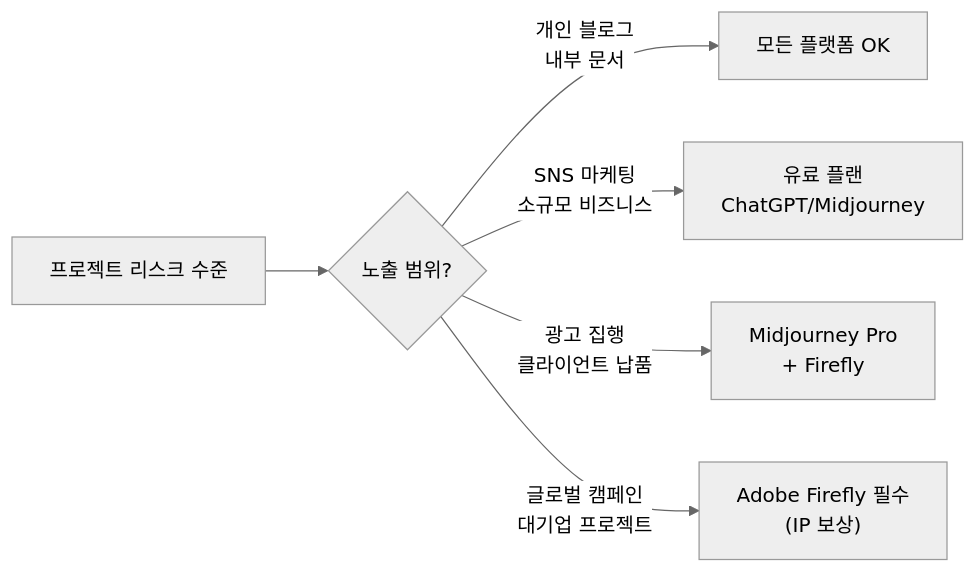
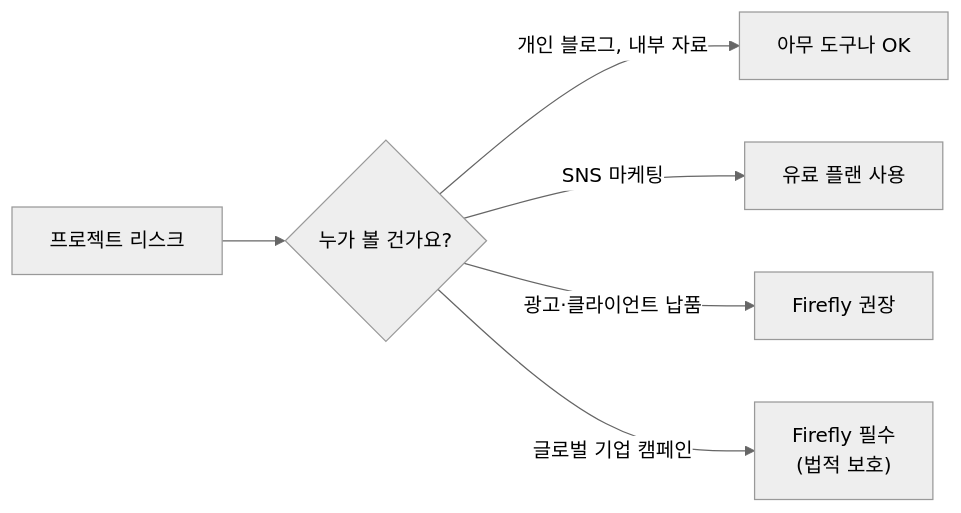
Before and after one commit to jsonpassion/forge-tutorial-promptcanvas: the sixth of 6 diagrams in 01-ch1-ai-이미지-생성-개론/05-05-실무-시나리오별-플랫폼-선택-가이드.md, drawn with Mermaid (neutral theme). The commit also changed other lines of this file and 12 other files, not shown here.

````diff
--- a/01-ch1-ai-이미지-생성-개론/05-05-실무-시나리오별-플랫폼-선택-가이드.md
+++ b/01-ch1-ai-이미지-생성-개론/05-05-실무-시나리오별-플랫폼-선택-가이드.md
@@ -255,8 +189,8 @@
 ```mermaid
 flowchart LR
-    A["프로젝트 리스크 수준"] --> B{"노출 범위?"}
-    B -->|"개인 블로그<br/>내부 문서"| C["모든 플랫폼 OK"]
-    B -->|"SNS 마케팅<br/>소규모 비즈니스"| D["유료 플랜<br/>ChatGPT/Midjourney"]
-    B -->|"광고 집행<br/>클라이언트 납품"| E["Midjourney Pro<br/>+ Firefly"]
-    B -->|"글로벌 캠페인<br/>대기업 프로젝트"| F["Adobe Firefly 필수<br/>(IP 보상)"]
+    A["프로젝트 리스크"] --> B{"누가 볼 건가요?"}
+    B -->|"개인 블로그, 내부 자료"| C["아무 도구나 OK"]
+    B -->|"SNS 마케팅"| D["유료 플랜 사용"]
+    B -->|"광고·클라이언트 납품"| E["Firefly 권장"]
+    B -->|"글로벌 기업 캠페인"| F["Firefly 필수<br/>(법적 보호)"]
 ```
````
